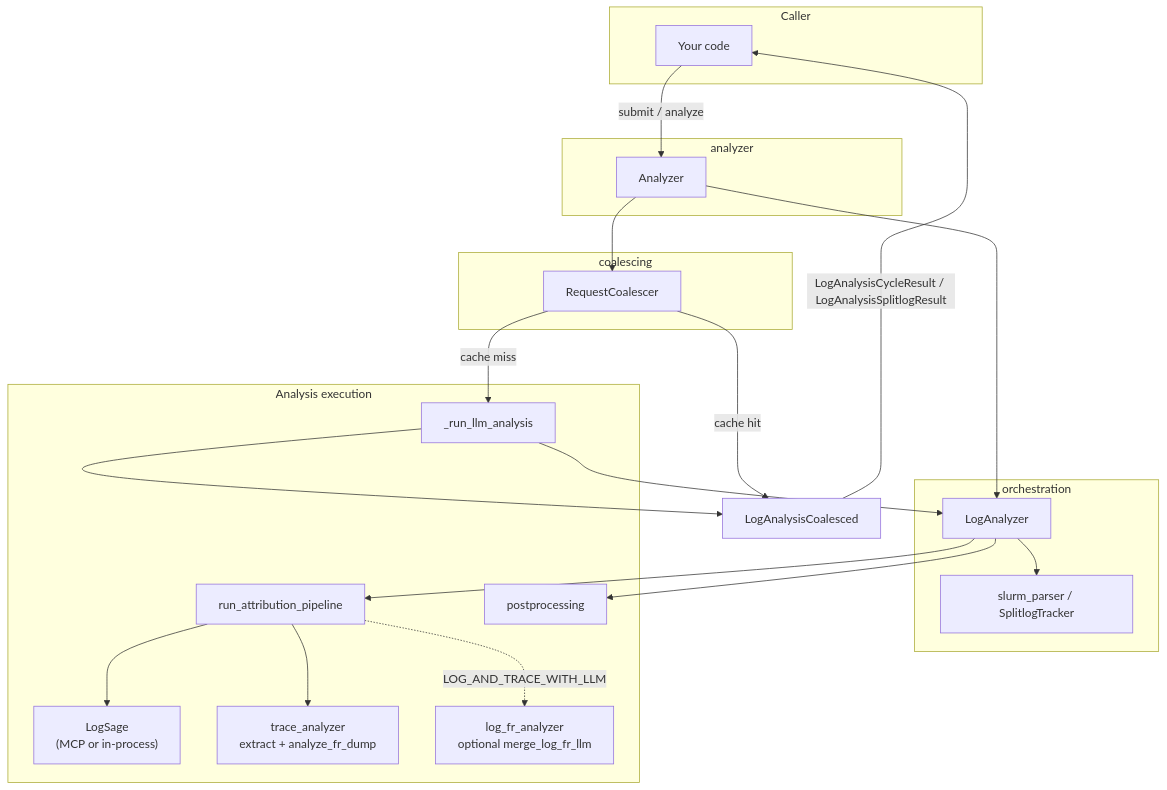
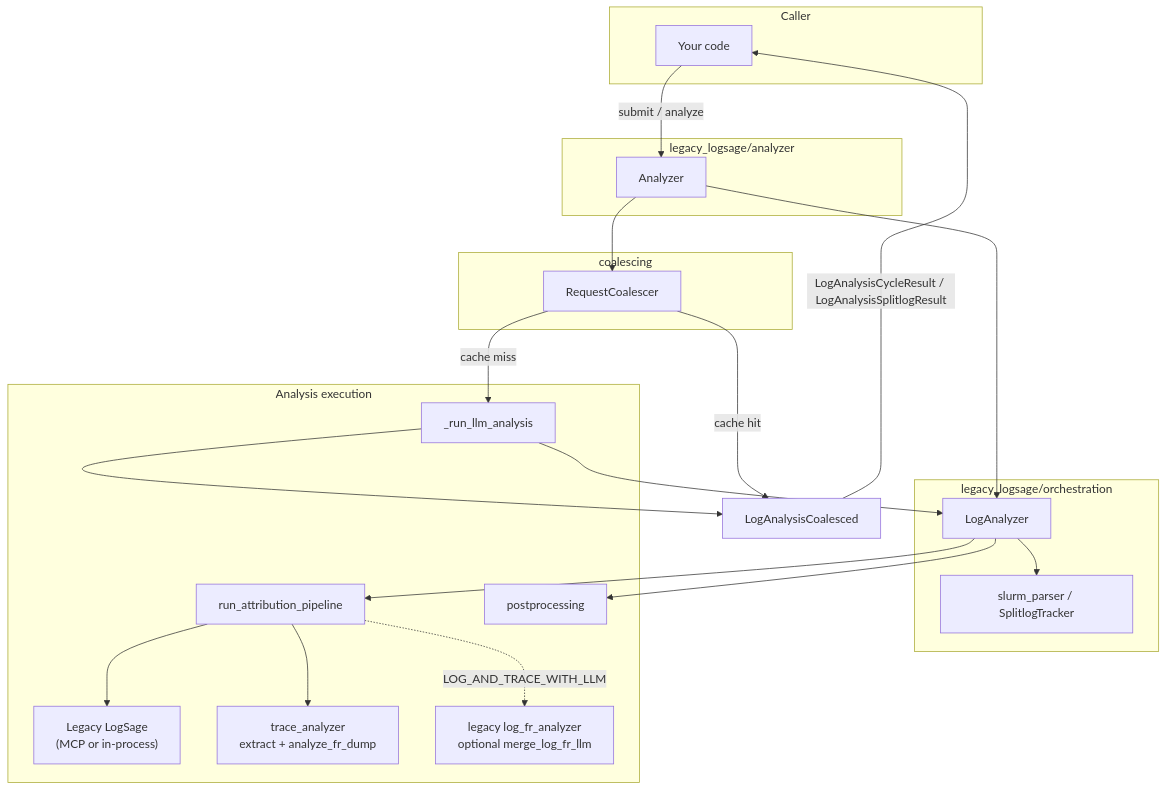
The first of 3 diagrams in src/nvidia_resiliency_ext/attribution/ARCHITECTURE.md (NVIDIA/nvidia-resiliency-ext), drawn with Mermaid before and after one commit. The commit also changed other lines of this file and 69 other files, not shown here.

Commit message:
Fix wheel scan and isolate legacy LogSage deps

````diff
--- a/src/nvidia_resiliency_ext/attribution/ARCHITECTURE.md
+++ b/src/nvidia_resiliency_ext/attribution/ARCHITECTURE.md
@@ -19,43 +20,43 @@
 ```mermaid
 flowchart TB
     subgraph caller [Caller]
         APP[Your code]
     end
 
-    subgraph analyzer_pkg [analyzer]
+    subgraph analyzer_pkg [legacy_logsage/analyzer]
         AN[Analyzer]
     end
 
-    subgraph orchestration_pkg [orchestration]
+    subgraph orchestration_pkg [legacy_logsage/orchestration]
         LA[LogAnalyzer]
         SP[slurm_parser / SplitlogTracker]
     end
 
     subgraph coalesce [coalescing]
         RC[RequestCoalescer]
     end
 
     subgraph run [Analysis execution]
         RLLM["_run_llm_analysis"]
         RAP["run_attribution_pipeline"]
-        LS["LogSage\n(MCP or in-process)"]
+        LS["Legacy LogSage\n(MCP or in-process)"]
         FR["trace_analyzer\nextract + analyze_fr_dump"]
-        MERGE["log_fr_analyzer\noptional merge_log_fr_llm"]
+        MERGE["legacy log_fr_analyzer\noptional merge_log_fr_llm"]
         PP[postprocessing]
     end
 
     APP -->|submit / analyze| AN
     AN --> LA
     LA --> SP
     AN --> RC
     RC -->|cache hit| OUT[LogAnalysisCoalesced]
     RC -->|cache miss| RLLM
     RLLM --> LA
     LA --> RAP
     RAP --> LS
     RAP --> FR
     RAP -.->|LOG_AND_TRACE_WITH_LLM| MERGE
     LA --> PP
     RLLM --> OUT
     OUT -->|LogAnalysisCycleResult / LogAnalysisSplitlogResult| APP
 ```
````
